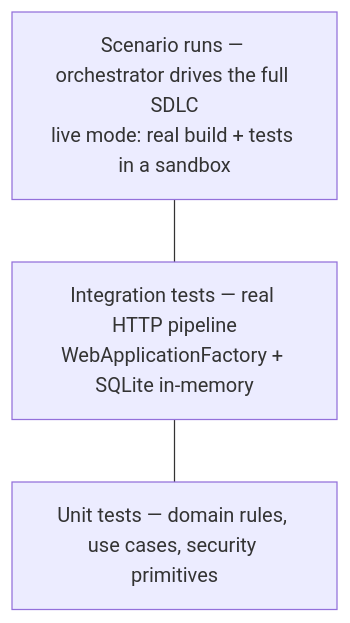
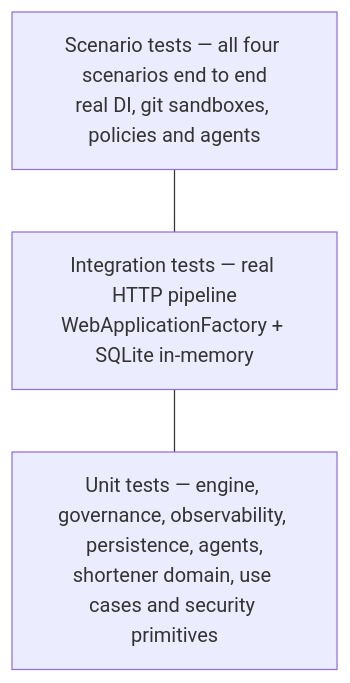
One commit to shoebsr/agentic-sdlc-url-shortener changed the diagram in docs/09-testing.md. Above: the diagram before and after it, drawn with Mermaid. The commit also changed other lines of this file and 17 other files, not shown here.

First line of the commit message:
test(orchestrator): engine, governance, observability, persistence, agent and scenario test suites

````diff
--- a/docs/09-testing.md
+++ b/docs/09-testing.md
@@ -5,7 +5,7 @@
 ```mermaid
 flowchart TB
-    E2E["Scenario runs — orchestrator drives the full SDLC<br/>live mode: real build + tests in a sandbox"]
+    E2E["Scenario tests — all four scenarios end to end<br/>real DI, git sandboxes, policies and agents"]
     INT["Integration tests — real HTTP pipeline<br/>WebApplicationFactory + SQLite in-memory"]
-    UNIT["Unit tests — domain rules, use cases, security primitives"]
+    UNIT["Unit tests — engine, governance, observability, persistence, agents,<br/>shortener domain, use cases and security primitives"]
     E2E --- INT --- UNIT
 ```
````
